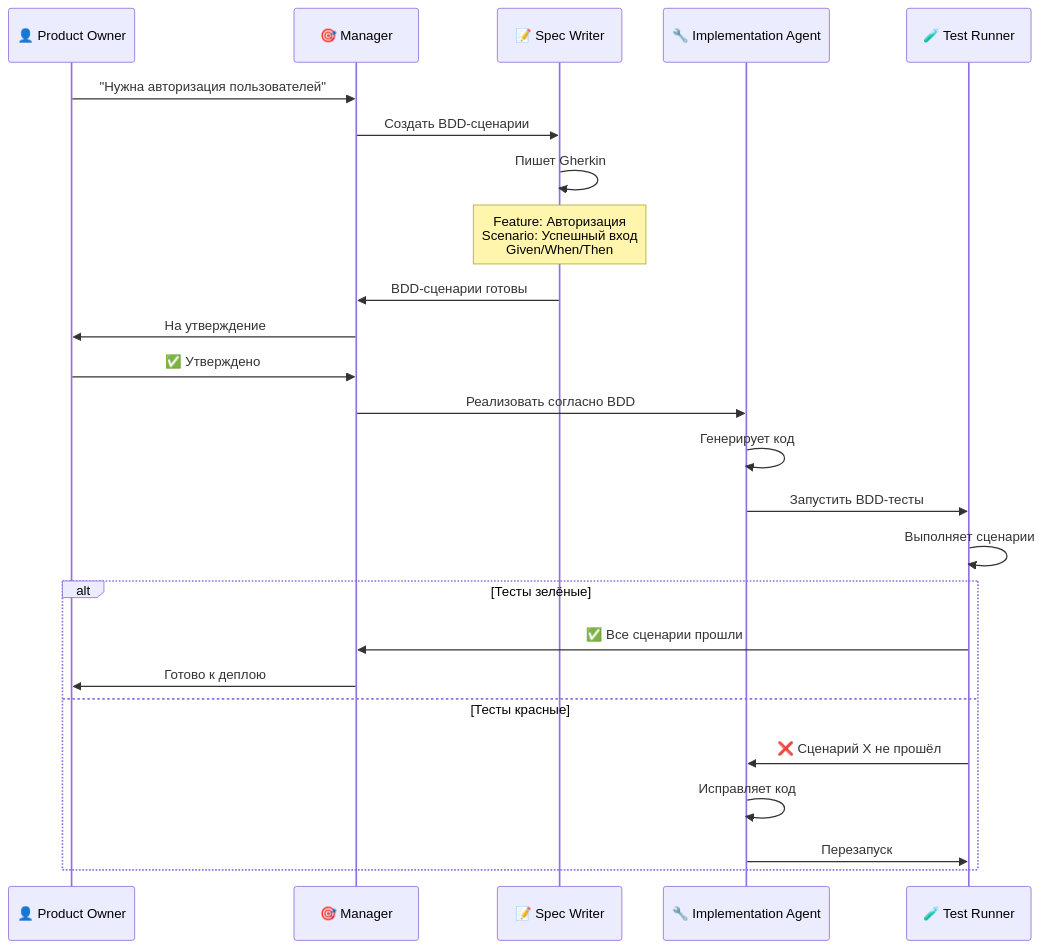
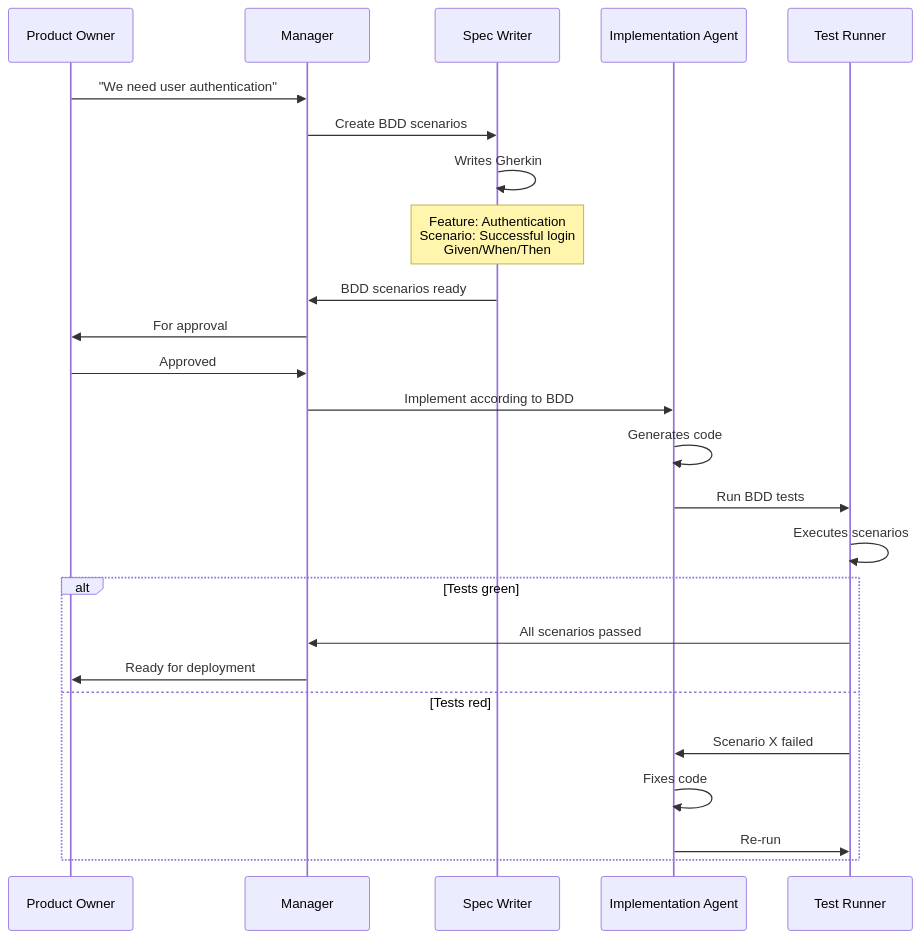
Before and after one commit to ad3002/masters-course-2025-vibe-coding: the fourth of 13 diagrams in materials/workshop3.md, drawn with Mermaid. The commit also changed other lines of this file, not shown here.

````diff
--- a/materials/workshop3.md
+++ b/materials/workshop3.md
@@ -120,33 +120,33 @@
         ```mermaid
         sequenceDiagram
-            participant PM as 👤 Product Owner
-            participant M as 🎯 Manager
-            participant SW as 📝 Spec Writer
-            participant IMPL as 🔧 Implementation Agent
-            participant TEST as 🧪 Test Runner
+            participant PM as Product Owner
+            participant M as Manager
+            participant SW as Spec Writer
+            participant IMPL as Implementation Agent
+            participant TEST as Test Runner
 
-            PM->>M: "Нужна авторизация пользователей"
-            M->>SW: Создать BDD-сценарии
+            PM->>M: "We need user authentication"
+            M->>SW: Create BDD scenarios
 
-            SW->>SW: Пишет Gherkin
-            Note over SW: Feature: Авторизация<br/>Scenario: Успешный вход<br/>Given/When/Then
+            SW->>SW: Writes Gherkin
+            Note over SW: Feature: Authentication<br/>Scenario: Successful login<br/>Given/When/Then
 
-            SW->>M: BDD-сценарии готовы
-            M->>PM: На утверждение
-            PM->>M: ✅ Утверждено
+            SW->>M: BDD scenarios ready
+            M->>PM: For approval
+            PM->>M: Approved
 
-            M->>IMPL: Реализовать согласно BDD
-            IMPL->>IMPL: Генерирует код
+            M->>IMPL: Implement according to BDD
+            IMPL->>IMPL: Generates code
 
-            IMPL->>TEST: Запустить BDD-тесты
-            TEST->>TEST: Выполняет сценарии
+            IMPL->>TEST: Run BDD tests
+            TEST->>TEST: Executes scenarios
 
-            alt Тесты зелёные
-                TEST->>M: ✅ Все сценарии прошли
-                M->>PM: Готово к деплою
-            else Тесты красные
-                TEST->>IMPL: ❌ Сценарий X не прошёл
-                IMPL->>IMPL: Исправляет код
-                IMPL->>TEST: Перезапуск
+            alt Tests green
+                TEST->>M: All scenarios passed
+                M->>PM: Ready for deployment
+            else Tests red
+                TEST->>IMPL: Scenario X failed
+                IMPL->>IMPL: Fixes code
+                IMPL->>TEST: Re-run
             end
         ```
````
